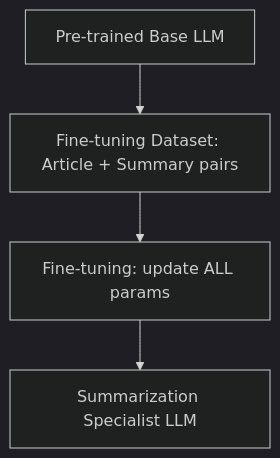
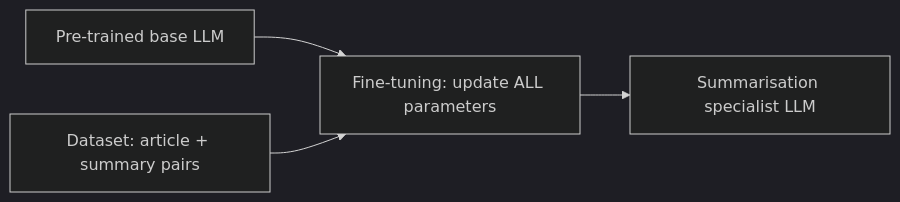
Before and after one commit to lokumai/ai-engineering-bazaar: the second of 4 diagrams in mini-courses/1_fundamentals/2_training.md, drawn with Mermaid (dark theme). The commit also changed other lines of this file and 71 other files, not shown here.

````diff
--- a/mini-courses/1_fundamentals/2_training.md
+++ b/mini-courses/1_fundamentals/2_training.md
@@ -98,6 +174,6 @@
 ```mermaid
-graph TD
-    A[Pre-trained Base LLM] --> B[Fine-tuning Dataset: Article + Summary pairs]
-    B --> C[Fine-tuning: update ALL params]
-    C --> D[Summarization Specialist LLM]
+graph LR
+    A["Pre-trained base LLM"] --> C["Fine-tuning: update ALL parameters"]
+    B["Dataset: article + summary pairs"] --> C
+    C --> D["Summarisation specialist LLM"]
 ```
````
